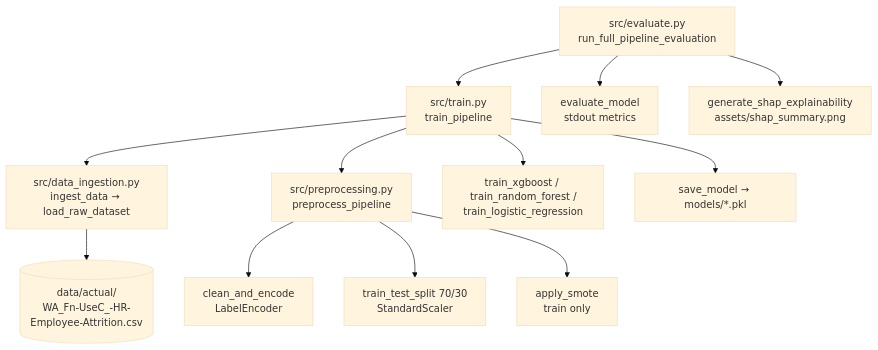
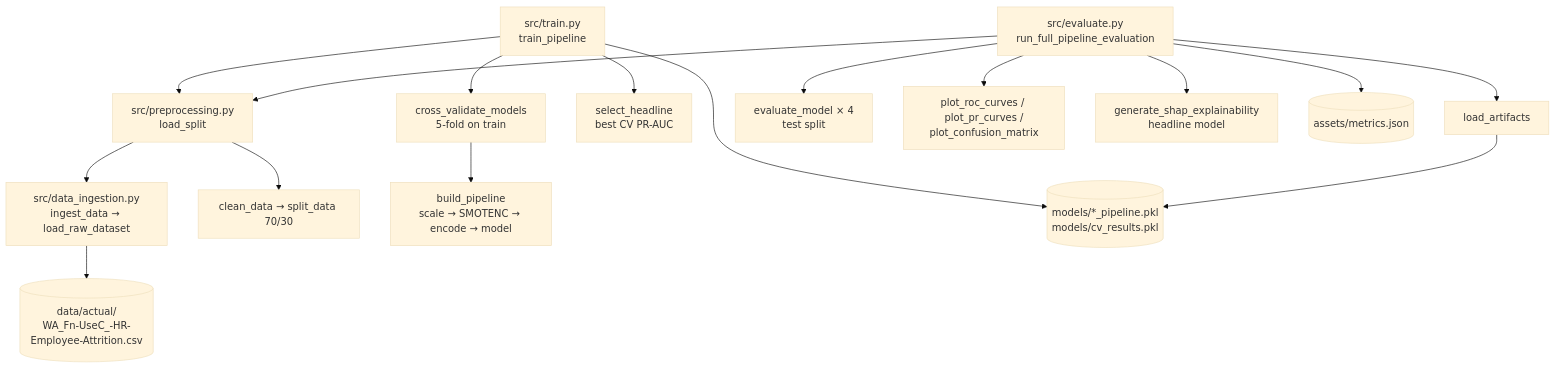
Before and after one commit to vardaanbazaz/employee-attrition-analysis: the diagram in flow.md, drawn with Mermaid (base theme). The commit also changed other lines of this file and 9 other files, not shown here.

Commit message:
feat: SMOTENC pipeline, per-column encoding, 4-model CV selection, saved pipelines, metrics.json

````diff
--- a/flow.md
+++ b/flow.md
@@ -38,14 +59,18 @@
 ```mermaid
 flowchart TD
-    A[src/evaluate.py<br/>run_full_pipeline_evaluation] --> B[src/train.py<br/>train_pipeline]
-    B --> C[src/data_ingestion.py<br/>ingest_data → load_raw_dataset]
-    C --> D[(data/actual/<br/>WA_Fn-UseC_-HR-Employee-Attrition.csv)]
-    B --> E[src/preprocessing.py<br/>preprocess_pipeline]
-    E --> E1[clean_and_encode<br/>LabelEncoder]
-    E --> E2[train_test_split 70/30<br/>StandardScaler]
-    E --> E3[apply_smote<br/>train only]
-    B --> F[train_xgboost / train_random_forest /<br/>train_logistic_regression]
-    B --> G[save_model → models/*.pkl]
-    A --> H[evaluate_model<br/>stdout metrics]
-    A --> I[generate_shap_explainability<br/>assets/shap_summary.png]
+    T[src/train.py<br/>train_pipeline] --> L[src/preprocessing.py<br/>load_split]
+    L --> I[src/data_ingestion.py<br/>ingest_data → load_raw_dataset]
+    I --> D[(data/actual/<br/>WA_Fn-UseC_-HR-Employee-Attrition.csv)]
+    L --> C[clean_data → split_data 70/30]
+    T --> CV[cross_validate_models<br/>5-fold on train]
+    CV --> P[build_pipeline<br/>scale → SMOTENC → encode → model]
+    T --> S[select_headline<br/>best CV PR-AUC]
+    T --> M[(models/*_pipeline.pkl<br/>models/cv_results.pkl)]
+    E[src/evaluate.py<br/>run_full_pipeline_evaluation] --> LA[load_artifacts]
+    LA --> M
+    E --> L
+    E --> EV[evaluate_model × 4<br/>test split]
+    E --> PL[plot_roc_curves / plot_pr_curves /<br/>plot_confusion_matrix]
+    E --> SH[generate_shap_explainability<br/>headline model]
+    E --> J[(assets/metrics.json)]
 ```
````
